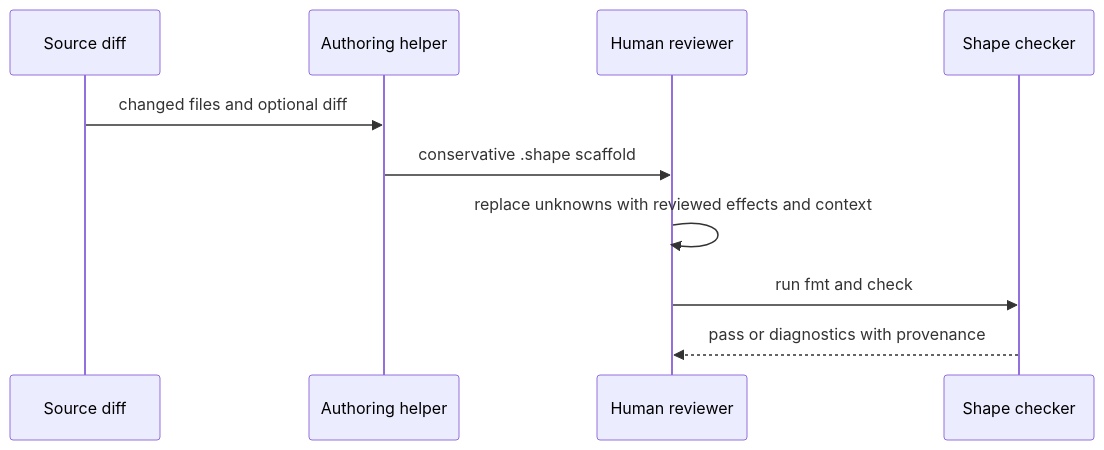
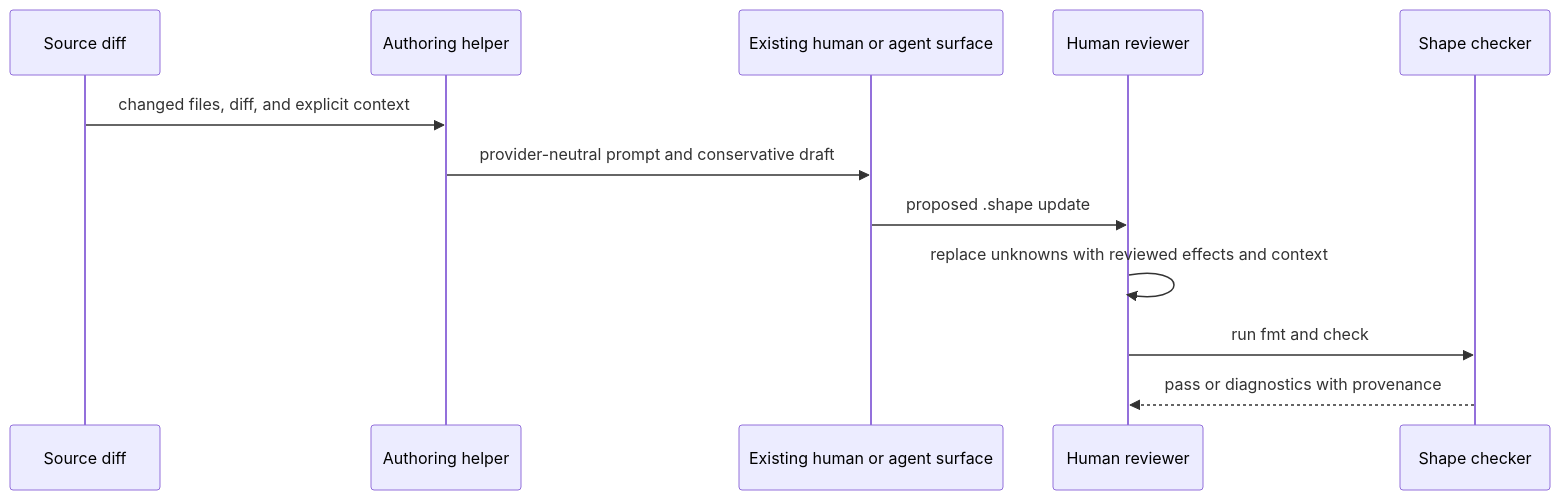
The third of 3 diagrams in docs-site/src/content/docs/inside-shape/formatter-editor-authoring.md (timbrinded/shapelang), drawn with Mermaid before and after one commit. The commit also changed other lines of this file and 12 other files, not shown here.

Commit message:
feat: add provider-neutral Shape authoring workflow

````diff
--- a/docs-site/src/content/docs/inside-shape/formatter-editor-authoring.md
+++ b/docs-site/src/content/docs/inside-shape/formatter-editor-authoring.md
@@ -185,12 +208,14 @@
 ```mermaid
 sequenceDiagram
   participant Diff as Source diff
   participant Author as Authoring helper
+  participant Agent as Existing human or agent surface
   participant Human as Human reviewer
   participant Checker as Shape checker
-  Diff->>Author: changed files and optional diff
-  Author->>Human: conservative .shape scaffold
+  Diff->>Author: changed files, diff, and explicit context
+  Author->>Agent: provider-neutral prompt and conservative draft
+  Agent->>Human: proposed .shape update
   Human->>Human: replace unknowns with reviewed effects and context
   Human->>Checker: run fmt and check
   Checker-->>Human: pass or diagnostics with provenance
 ```
````
